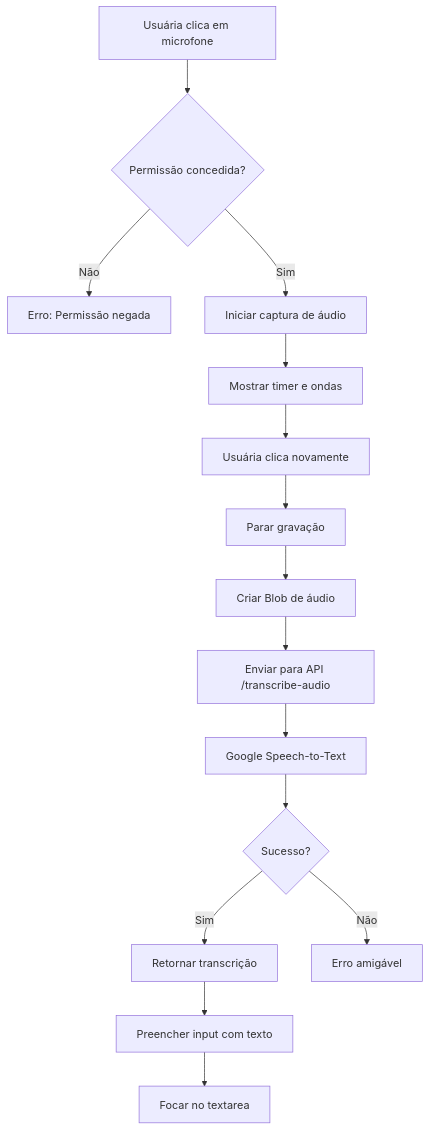
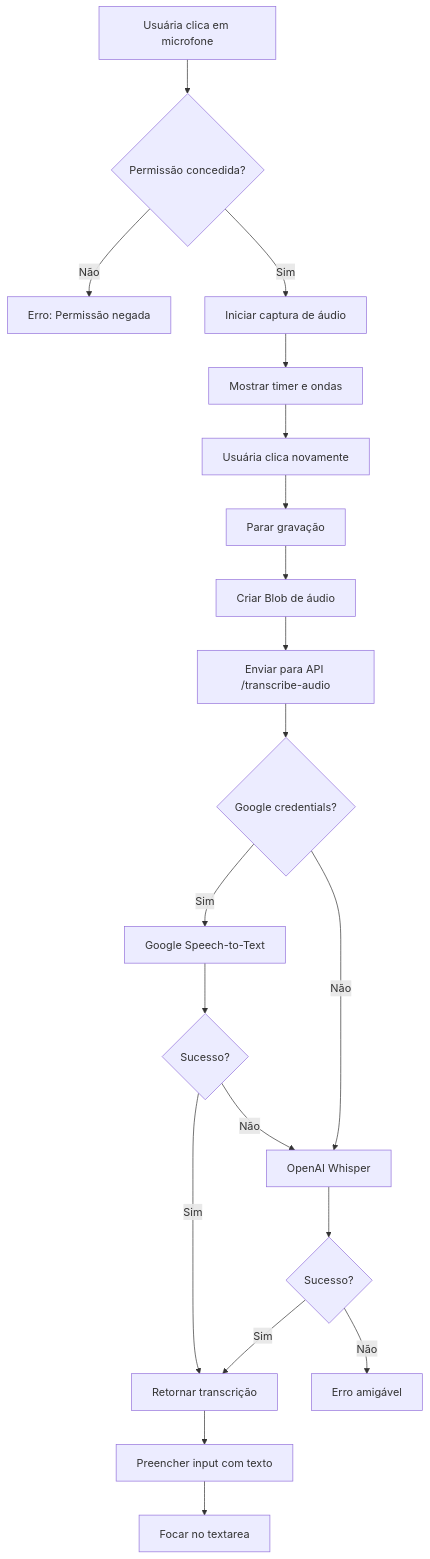
One commit to bellujrb/hackathon-ai-impact-11 changed the diagram in AUDIO_TRANSCRIPTION_GUIDE.md. Above: the diagram before and after it, drawn with Mermaid. The commit also changed other lines of this file, not shown here.

First line of the commit message:
docs: Update audio transcription guide with OpenAI Whisper fallback

````diff
--- a/AUDIO_TRANSCRIPTION_GUIDE.md
+++ b/AUDIO_TRANSCRIPTION_GUIDE.md
@@ -175,17 +197,22 @@
 ```mermaid
 graph TD
     A[Usuária clica em microfone] --> B{Permissão concedida?}
     B -->|Não| C[Erro: Permissão negada]
     B -->|Sim| D[Iniciar captura de áudio]
     D --> E[Mostrar timer e ondas]
     E --> F[Usuária clica novamente]
     F --> G[Parar gravação]
     G --> H[Criar Blob de áudio]
     H --> I[Enviar para API /transcribe-audio]
-    I --> J[Google Speech-to-Text]
-    J --> K{Sucesso?}
-    K -->|Sim| L[Retornar transcrição]
-    K -->|Não| M[Erro amigável]
-    L --> N[Preencher input com texto]
-    N --> O[Focar no textarea]
+    I --> J{Google credentials?}
+    J -->|Sim| K[Google Speech-to-Text]
+    J -->|Não| L[OpenAI Whisper]
+    K --> M{Sucesso?}
+    M -->|Sim| N[Retornar transcrição]
+    M -->|Não| L
+    L --> O{Sucesso?}
+    O -->|Sim| N
+    O -->|Não| P[Erro amigável]
+    N --> Q[Preencher input com texto]
+    Q --> R[Focar no textarea]
 ```
````
